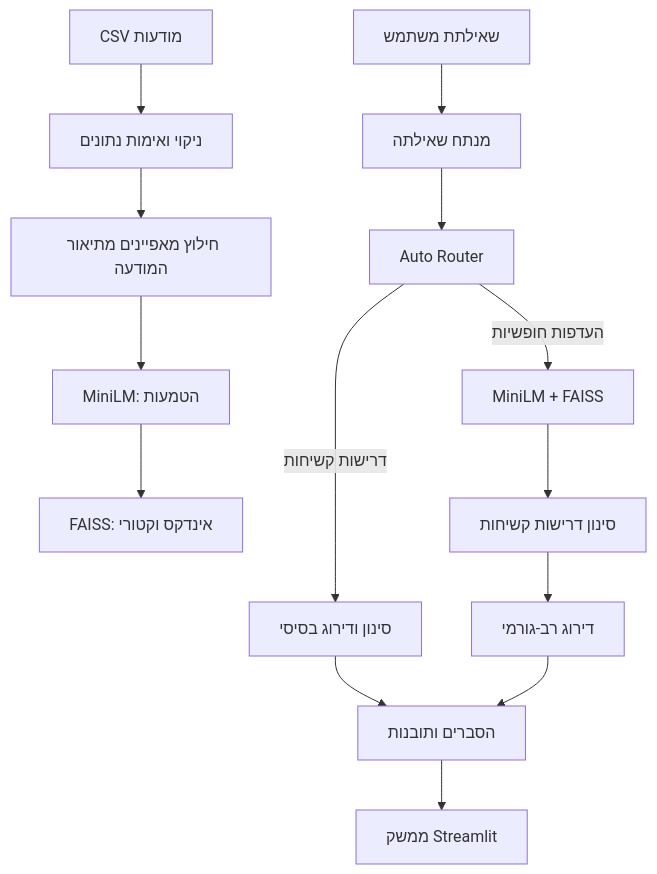
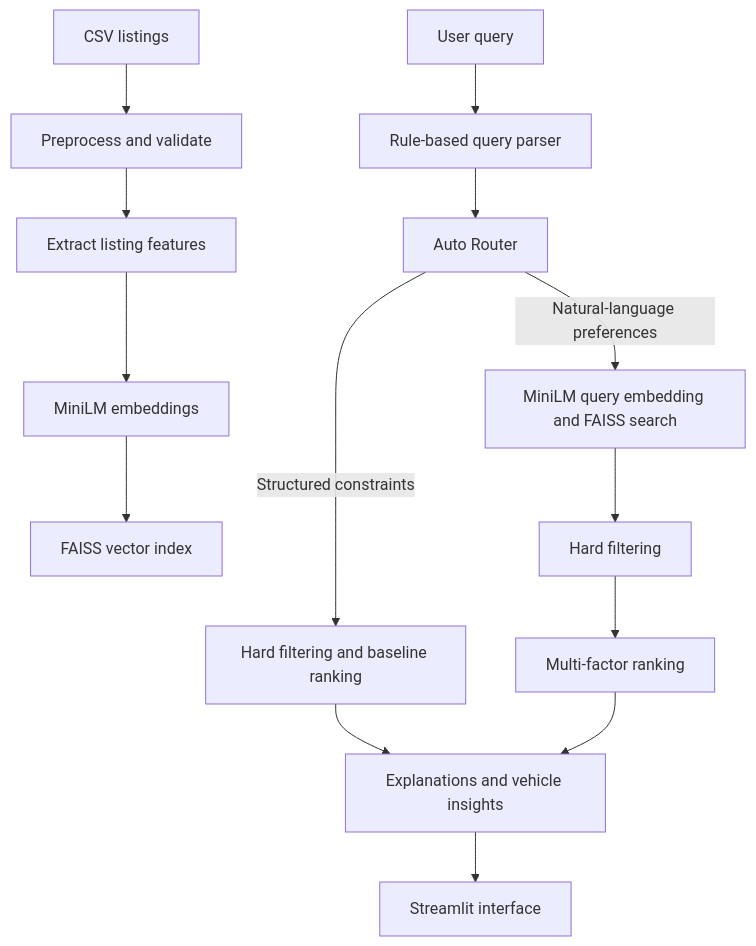
The diagram in README.md (roeeseri/marketplace-car-finder), drawn with Mermaid before and after one commit. The commit also changed other lines of this file, not shown here.

````diff
--- a/README.md
+++ b/README.md
@@ -57,17 +57,17 @@
 ```mermaid
 flowchart TD
-    A[CSV מודעות] --> B[ניקוי ואימות נתונים]
-    B --> C[חילוץ מאפיינים מתיאור המודעה]
-    C --> D[MiniLM: הטמעות]
-    D --> E[FAISS: אינדקס וקטורי]
+    A[CSV listings] --> B[Preprocess and validate]
+    B --> C[Extract listing features]
+    C --> D[MiniLM embeddings]
+    D --> E[FAISS vector index]
 
-    Q[שאילתת משתמש] --> N[מנתח שאילתה]
+    Q[User query] --> N[Rule-based query parser]
     N --> R[Auto Router]
-    R -->|דרישות קשיחות| H[סינון ודירוג בסיסי]
-    R -->|העדפות חופשיות| S[MiniLM + FAISS]
-    S --> F[סינון דרישות קשיחות]
-    F --> K[דירוג רב-גורמי]
-    H --> X[הסברים ותובנות]
+    R -->|Structured constraints| H[Hard filtering and baseline ranking]
+    R -->|Natural-language preferences| S[MiniLM query embedding and FAISS search]
+    S --> F[Hard filtering]
+    F --> K[Multi-factor ranking]
+    H --> X[Explanations and vehicle insights]
     K --> X
-    X --> U[ממשק Streamlit]
+    X --> U[Streamlit interface]
 ```
````
